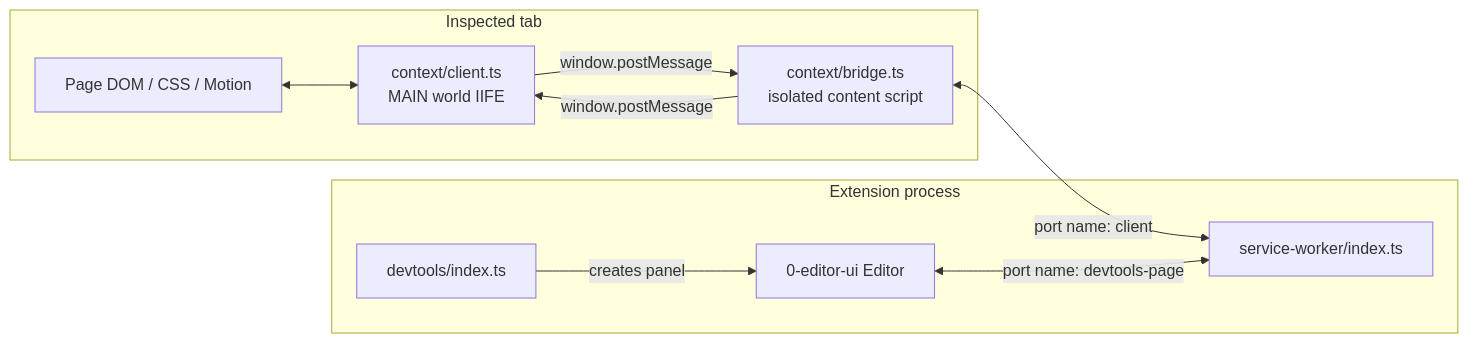
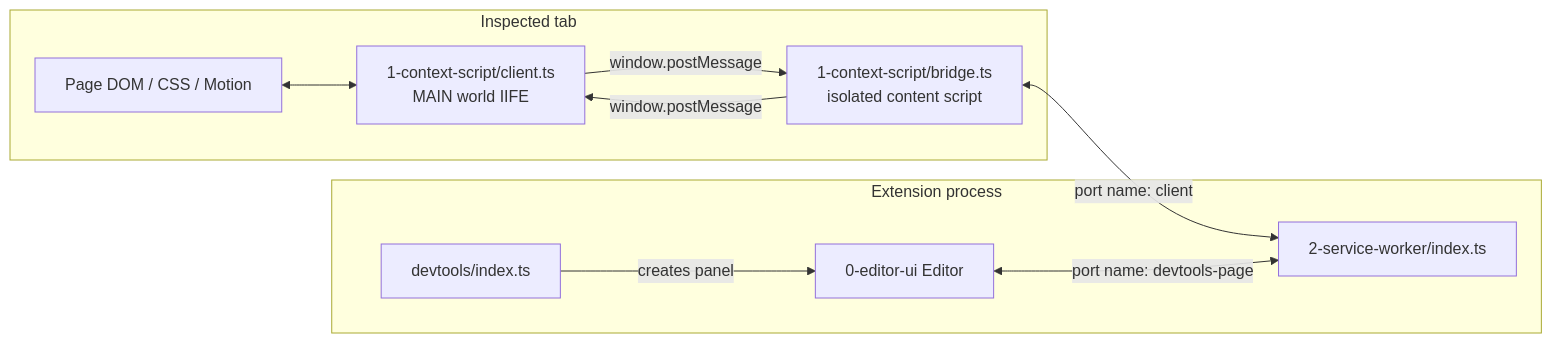
One commit to maxzz/transitions-chrome changed the first of 6 diagrams in README.md. Above: the diagram before and after it, drawn with Mermaid. The commit also changed other lines of this file and 25 other files, not shown here.

Commit message:
WIP. code review. 2 move ui to "1-context-script"

````diff
--- a/README.md
+++ b/README.md
@@ -136,21 +136,21 @@
 ```mermaid
 flowchart LR
   subgraph Page["Inspected tab"]
     DOM["Page DOM / CSS / Motion"]
-    Client["context/client.ts<br/>MAIN world IIFE"]
-    Bridge["context/bridge.ts<br/>isolated content script"]
+    Client["1-context-script/client.ts<br/>MAIN world IIFE"]
+    Bridge["1-context-script/bridge.ts<br/>isolated content script"]
     DOM <--> Client
     Client -->|"window.postMessage"| Bridge
     Bridge -->|"window.postMessage"| Client
   end
 
   subgraph Extension["Extension process"]
-    SW["service-worker/index.ts"]
+    SW["2-service-worker/index.ts"]
     DT["devtools/index.ts"]
     Editor["0-editor-ui Editor"]
     DT -->|creates panel| Editor
   end
 
   Bridge <-->|"port name: client"| SW
   Editor <-->|"port name: devtools-page"| SW
 ```
````
